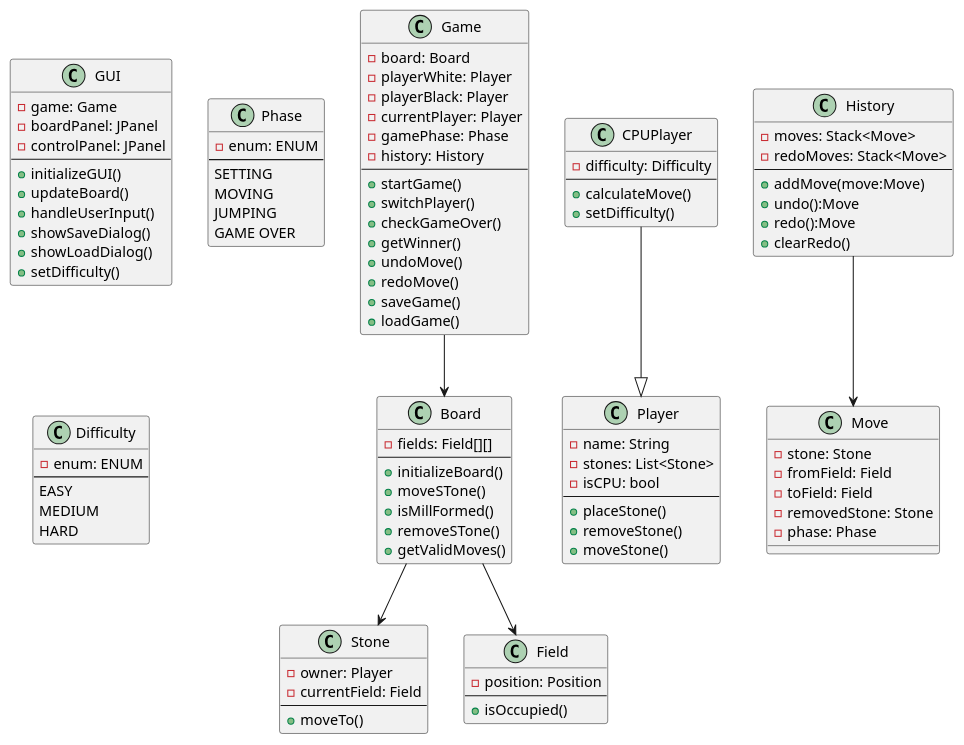
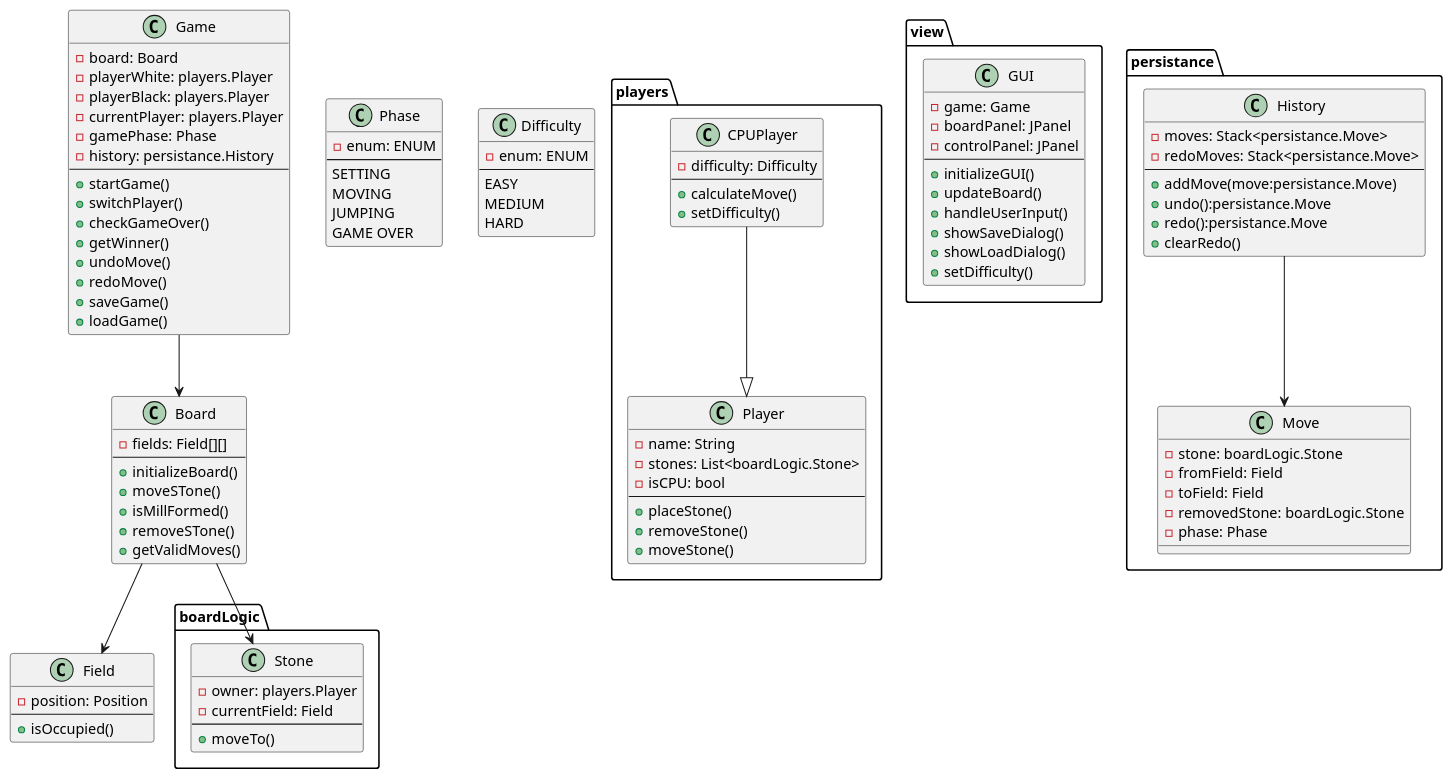
The diagram in Diagrams/Classdiagram.puml (RyanMikus/muehlespiel_java_fs25), drawn with PlantUML before and after one commit. The commit also changed 78 other files, not shown here.

```diff
--- a/Diagrams/Classdiagram.puml
+++ b/Diagrams/Classdiagram.puml
@@ -1,113 +1,113 @@
 @startuml
 class Game {
 - board: Board
-- playerWhite: Player
-- playerBlack: Player
-- currentPlayer: Player
+- playerWhite: players.Player
+- playerBlack: players.Player
+- currentPlayer: players.Player
 - gamePhase: Phase
-- history: History
+- history: persistance.History
 --
 + startGame()
 + switchPlayer()
 + checkGameOver()
 + getWinner()
 + undoMove()
 + redoMove()
 + saveGame()
 + loadGame()
 }
 
 class Board{
 - fields: Field[][]
 --
 + initializeBoard()
 + moveSTone()
 + isMillFormed()
 + removeSTone()
 + getValidMoves()
 }
 
-class Stone{
-- owner: Player
+class boardLogic.Stone{
+- owner: players.Player
 - currentField: Field
 --
 + moveTo()
 }
 
 class Field{
 - position: Position
 --
 + isOccupied()
 }
 
-class Player{
+class players.Player{
 - name: String
-- stones: List<Stone>
+- stones: List<boardLogic.Stone>
 - isCPU: bool
 --
 + placeStone()
 + removeStone()
 + moveStone()
 }
 
-class CPUPlayer{
+class players.CPUPlayer{
 - difficulty: Difficulty
 --
 + calculateMove()
 + setDifficulty()
 }
 
-class GUI{
+class view.GUI{
 - game: Game
 - boardPanel: JPanel
 - controlPanel: JPanel
 --
 + initializeGUI()
 + updateBoard()
 + handleUserInput()
 + showSaveDialog()
 + showLoadDialog()
 + setDifficulty()
 }
 
 class Phase{
 - enum: ENUM
 --
 SETTING
 MOVING
 JUMPING
 GAME OVER
 }
 
 class Difficulty{
 - enum: ENUM
 --
 EASY
 MEDIUM
 HARD
 }
 
-class History{
-- moves: Stack<Move>
-- redoMoves: Stack<Move>
+class persistance.History{
+- moves: Stack<persistance.Move>
+- redoMoves: Stack<persistance.Move>
 --
-+ addMove(move:Move)    
-+ undo():Move           
-+ redo():Move           
++ addMove(move:persistance.Move)
++ undo():persistance.Move
++ redo():persistance.Move
 + clearRedo()    
 }
 
-class Move{
-- stone: Stone          
+class persistance.Move{
+- stone: boardLogic.Stone
 - fromField: Field      
 - toField: Field        
-- removedStone: Stone   
+- removedStone: boardLogic.Stone
 - phase: Phase          
 }
 
 Game --> Board
 Board --> Field
-Board --> Stone
-CPUPlayer --|> Player
-History --> Move
+Board --> boardLogic.Stone
+players.CPUPlayer --|> players.Player
+persistance.History --> persistance.Move
 @enduml
```
